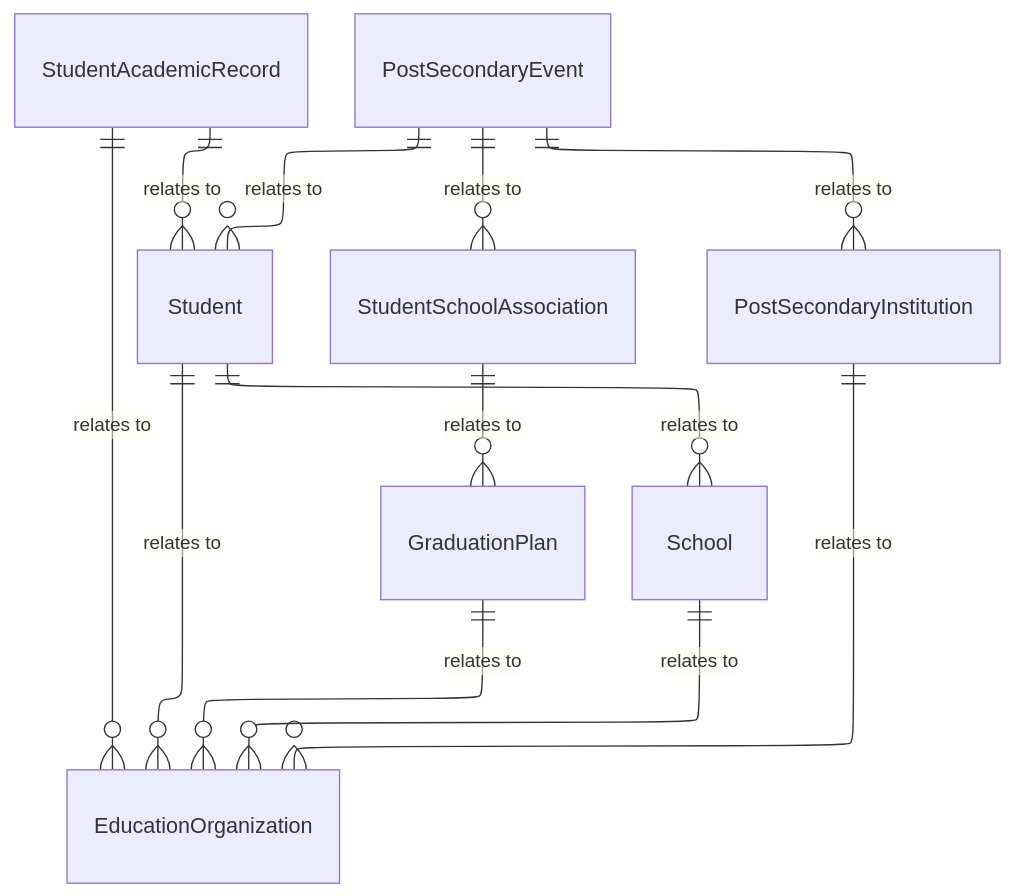
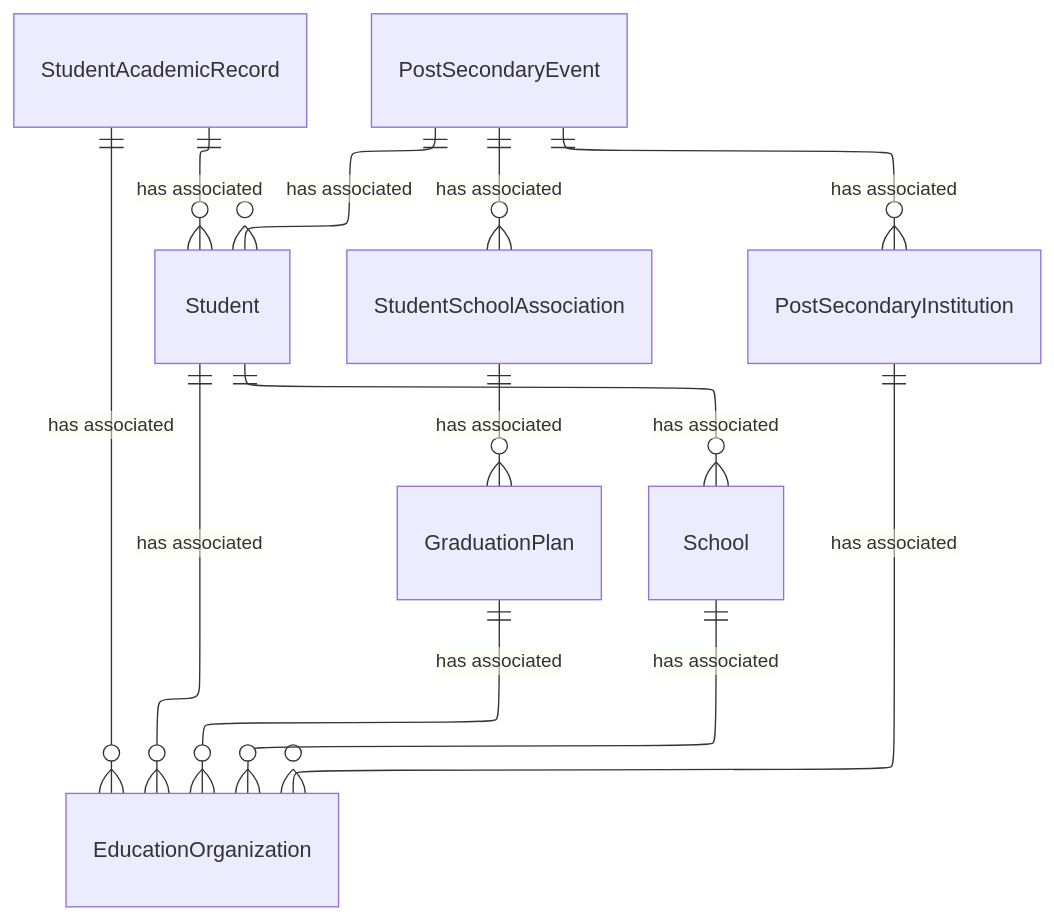
One commit to Ed-Fi-Alliance-OSS/ed-fi-alliance-oss.github.io changed the diagram in dataStandard_versioned_docs/version-6/model-reference/graduation-domain/model-diagrams.md. Above: the diagram before and after it, drawn with Mermaid. The commit also changed 24 other files, not shown here.

````diff
--- a/dataStandard_versioned_docs/version-6/model-reference/graduation-domain/model-diagrams.md
+++ b/dataStandard_versioned_docs/version-6/model-reference/graduation-domain/model-diagrams.md
@@ -11,34 +11,34 @@
 ```mermaid
 ---
 config:
   layout: elk
 ---
 erDiagram
     Student {
     }
     StudentSchoolAssociation {
     }
     StudentAcademicRecord {
     }
     GraduationPlan {
     }
     PostSecondaryEvent {
     }
     PostSecondaryInstitution {
     }
     EducationOrganization {
     }
     School {
     }
-    Student ||--o{ EducationOrganization : "relates to"
-    Student ||--o{ School : "relates to"
-    StudentSchoolAssociation ||--o{ GraduationPlan : "relates to"
-    StudentAcademicRecord ||--o{ Student : "relates to"
-    StudentAcademicRecord ||--o{ EducationOrganization : "relates to"
-    GraduationPlan ||--o{ EducationOrganization : "relates to"
-    PostSecondaryEvent ||--o{ Student : "relates to"
-    PostSecondaryEvent ||--o{ StudentSchoolAssociation : "relates to"
-    PostSecondaryEvent ||--o{ PostSecondaryInstitution : "relates to"
-    PostSecondaryInstitution ||--o{ EducationOrganization : "relates to"
-    School ||--o{ EducationOrganization : "relates to"
+    Student ||--o{ EducationOrganization : "has associated"
+    Student ||--o{ School : "has associated"
+    StudentSchoolAssociation ||--o{ GraduationPlan : "has associated"
+    StudentAcademicRecord ||--o{ Student : "has associated"
+    StudentAcademicRecord ||--o{ EducationOrganization : "has associated"
+    GraduationPlan ||--o{ EducationOrganization : "has associated"
+    PostSecondaryEvent ||--o{ Student : "has associated"
+    PostSecondaryEvent ||--o{ StudentSchoolAssociation : "has associated"
+    PostSecondaryEvent ||--o{ PostSecondaryInstitution : "has associated"
+    PostSecondaryInstitution ||--o{ EducationOrganization : "has associated"
+    School ||--o{ EducationOrganization : "has associated"
 ```
````
